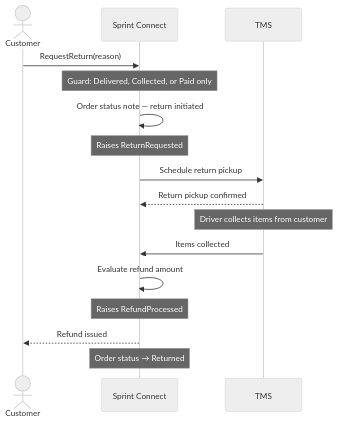
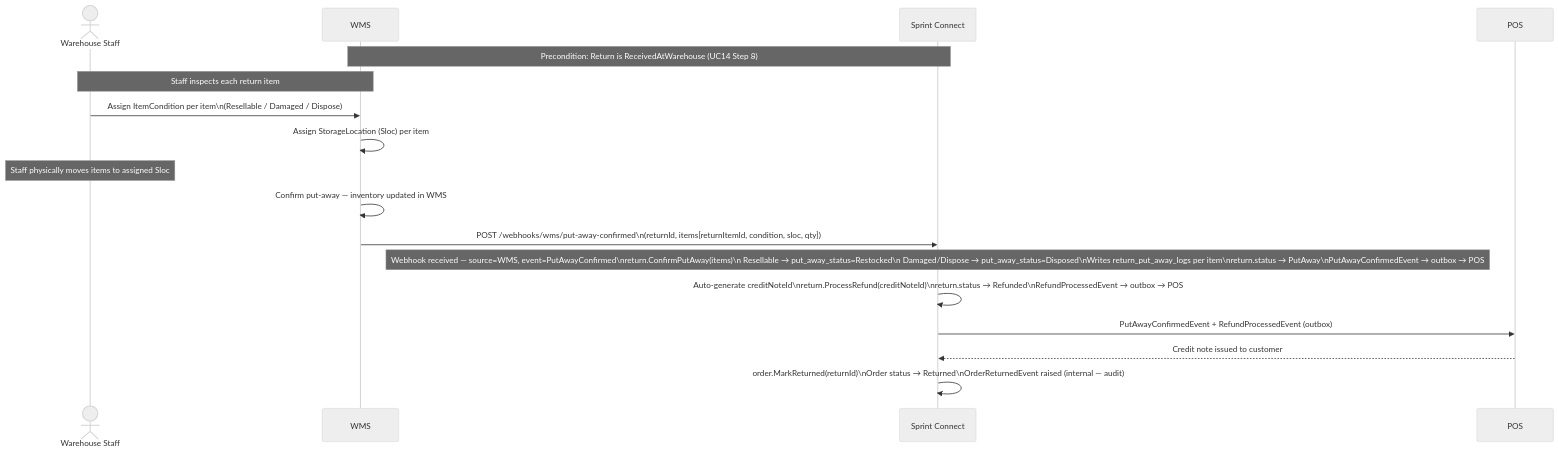
Diagram 14 of 24 in result/oms-sequence-diagrams.md (rosered11/personal-claude), drawn with Mermaid (neutral theme) before and after one commit. The commit also changed other lines of this file and 184 other files, not shown here.

````diff
--- a/result/oms-sequence-diagrams.md
+++ b/result/oms-sequence-diagrams.md
@@ -508,23 +509,25 @@
 ```mermaid
 sequenceDiagram
-    actor C as Customer
+    actor WS as Warehouse Staff
+    participant WMS as WMS
     participant SC as Sprint Connect
-    participant TMS as TMS
+    participant POS as POS
 
-    C->>SC: RequestReturn(reason)
-    Note over SC: Guard: Delivered, Collected, or Paid only
-    SC->>SC: Order status note — return initiated
-    Note over SC: Raises ReturnRequested
+    Note over WMS,SC: Precondition: Return is ReceivedAtWarehouse (UC14 Step 8)
 
-    SC->>TMS: Schedule return pickup
-    TMS-->>SC: Return pickup confirmed
+    Note over WMS,WS: Staff inspects each return item
+    WS->>WMS: Assign ItemCondition per item\n(Resellable / Damaged / Dispose)
+    WMS->>WMS: Assign StorageLocation (Sloc) per item
+    Note over WS: Staff physically moves items to assigned Sloc
 
-    Note over TMS: Driver collects items from customer
-    TMS->>SC: Items collected
+    WMS->>WMS: Confirm put-away — inventory updated in WMS
+    WMS->>SC: POST /webhooks/wms/put-away-confirmed\n(returnId, items[returnItemId, condition, sloc, qty])
+    Note over SC: Webhook received — source=WMS, event=PutAwayConfirmed\nreturn.ConfirmPutAway(items)\n  Resellable → put_away_status=Restocked\n  Damaged/Dispose → put_away_status=Disposed\nWrites return_put_away_logs per item\nreturn.status → PutAway\nPutAwayConfirmedEvent → outbox → POS
 
-    SC->>SC: Evaluate refund amount
-    Note over SC: Raises RefundProcessed
-    SC-->>C: Refund issued
+    SC->>SC: Auto-generate creditNoteId\nreturn.ProcessRefund(creditNoteId)\nreturn.status → Refunded\nRefundProcessedEvent → outbox → POS
 
-    Note over SC: Order status → Returned
+    SC->>POS: PutAwayConfirmedEvent + RefundProcessedEvent (outbox)
+    POS-->>SC: Credit note issued to customer
+
+    SC->>SC: order.MarkReturned(returnId)\nOrder status → Returned\nOrderReturnedEvent raised (internal — audit)
 ```
````
